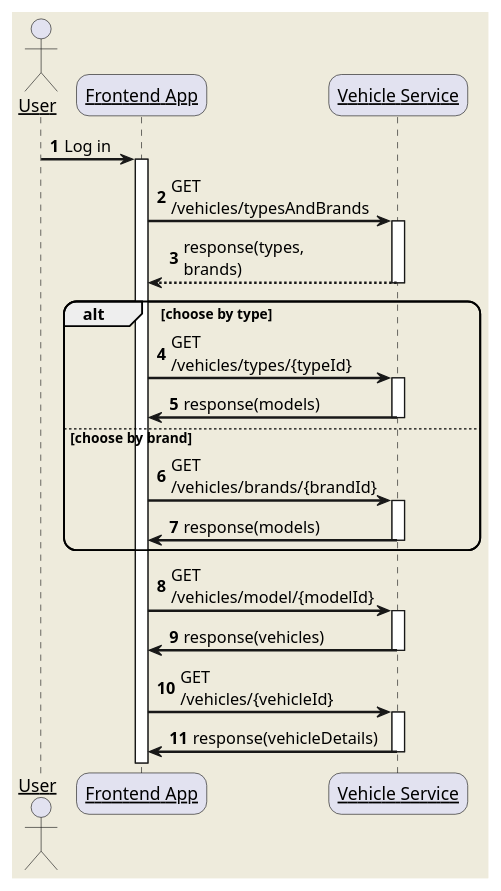
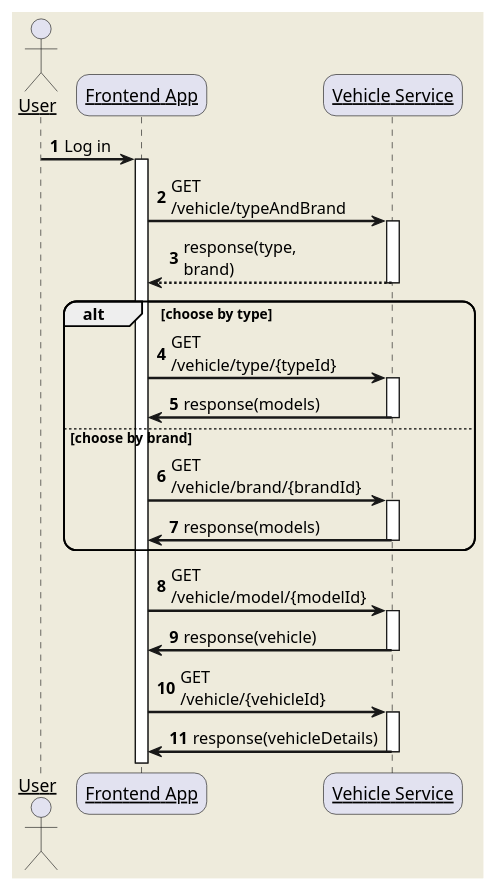
The diagram in doc/sequence/vehicle/vehicle.puml (Hannibal0416/modern-renting-service), drawn with PlantUML before and after one commit. The commit also changed 1 other file, not shown here.

```diff
--- a/doc/sequence/vehicle/vehicle.puml
+++ b/doc/sequence/vehicle/vehicle.puml
@@ -1,44 +1,44 @@
 @startuml
 skinparam backgroundColor #EEEBDC
 skinparam handwritten false
 skinparam sequenceArrowThickness 2
 skinparam roundcorner 20
 skinparam maxmessagesize 60
 skinparam sequenceParticipant underline
 
 actor User
 participant "Frontend App" as Frontend
 participant "Vehicle Service" as VehicleService
 
 autonumber 1
 User -> Frontend: Log in
 activate Frontend
 
-Frontend -> VehicleService: GET /vehicles/typesAndBrands
+Frontend -> VehicleService: GET /vehicle/typeAndBrand
 activate VehicleService
 
-VehicleService --> Frontend: response(types, brands)
+VehicleService --> Frontend: response(type, brand)
 deactivate VehicleService
 alt choose by type
-    Frontend -> VehicleService: GET /vehicles/types/{typeId}
+    Frontend -> VehicleService: GET /vehicle/type/{typeId}
     activate VehicleService
     VehicleService -> Frontend: response(models)
     deactivate VehicleService
 else choose by brand
-    Frontend -> VehicleService: GET /vehicles/brands/{brandId}
+    Frontend -> VehicleService: GET /vehicle/brand/{brandId}
     activate VehicleService
     VehicleService -> Frontend: response(models)
     deactivate VehicleService
 end
 
-Frontend -> VehicleService : GET /vehicles/model/{modelId}
+Frontend -> VehicleService : GET /vehicle/model/{modelId}
 activate VehicleService
-VehicleService -> Frontend: response(vehicles)
+VehicleService -> Frontend: response(vehicle)
 deactivate VehicleService
 
-Frontend -> VehicleService : GET /vehicles/{vehicleId}
+Frontend -> VehicleService : GET /vehicle/{vehicleId}
 activate VehicleService
 VehicleService -> Frontend: response(vehicleDetails)
 deactivate VehicleService
 
 @enduml
```
